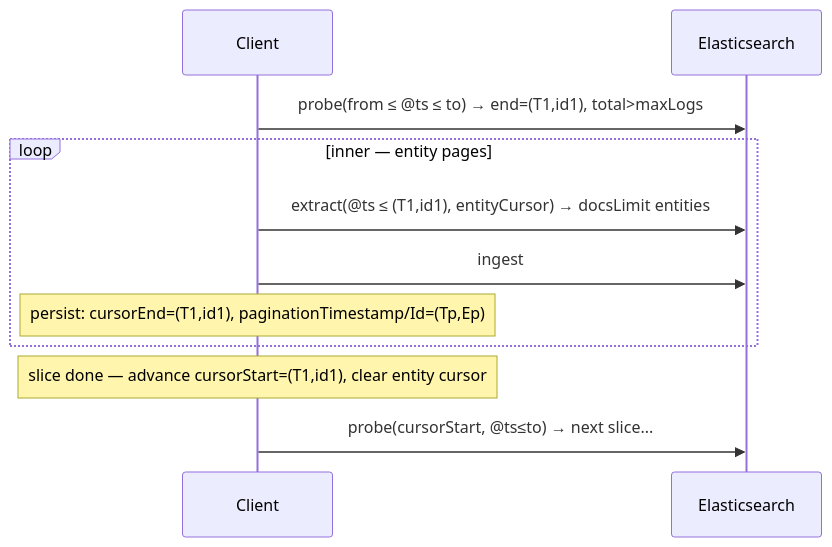
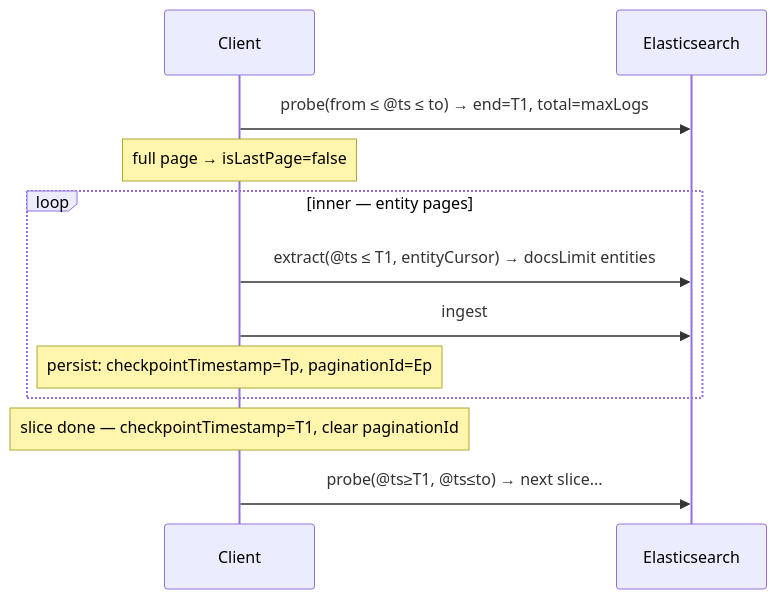
One commit to patrykkopycinski/kibana changed the third of 7 diagrams in x-pack/solutions/security/plugins/entity_store/server/domain/logs_extraction/PAGINATION.md. Above: the diagram before and after it, drawn with Mermaid. The commit also changed other lines of this file and 20 other files, not shown here.

First line of the commit message:
[Entity Store] Paginate over timestamp + probe improvement (#270170)

````diff
--- a/x-pack/solutions/security/plugins/entity_store/server/domain/logs_extraction/PAGINATION.md
+++ b/x-pack/solutions/security/plugins/entity_store/server/domain/logs_extraction/PAGINATION.md
@@ -76,16 +78,17 @@
 ```mermaid
 sequenceDiagram
     participant C as Client
     participant ES as Elasticsearch
 
-    C->>ES: probe(from ≤ @ts ≤ to) → end=(T1,id1), total>maxLogs
+    C->>ES: probe(from ≤ @ts ≤ to) → end=T1, total=maxLogs
+    Note over C: full page → isLastPage=false
 
     loop inner — entity pages
-        C->>ES: extract(@ts ≤ (T1,id1), entityCursor) → docsLimit entities
+        C->>ES: extract(@ts ≤ T1, entityCursor) → docsLimit entities
         C->>ES: ingest
-        Note over C: persist: cursorEnd=(T1,id1), paginationTimestamp/Id=(Tp,Ep)
+        Note over C: persist: checkpointTimestamp=Tp, paginationId=Ep
     end
 
-    Note over C: slice done — advance cursorStart=(T1,id1), clear entity cursor
-    C->>ES: probe(cursorStart, @ts≤to) → next slice...
+    Note over C: slice done — checkpointTimestamp=T1, clear paginationId
+    C->>ES: probe(@ts≥T1, @ts≤to) → next slice...
 ```
````
